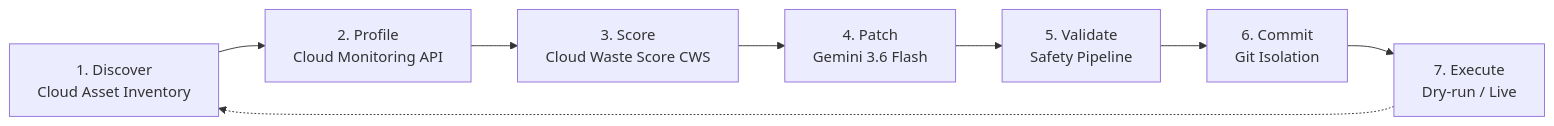
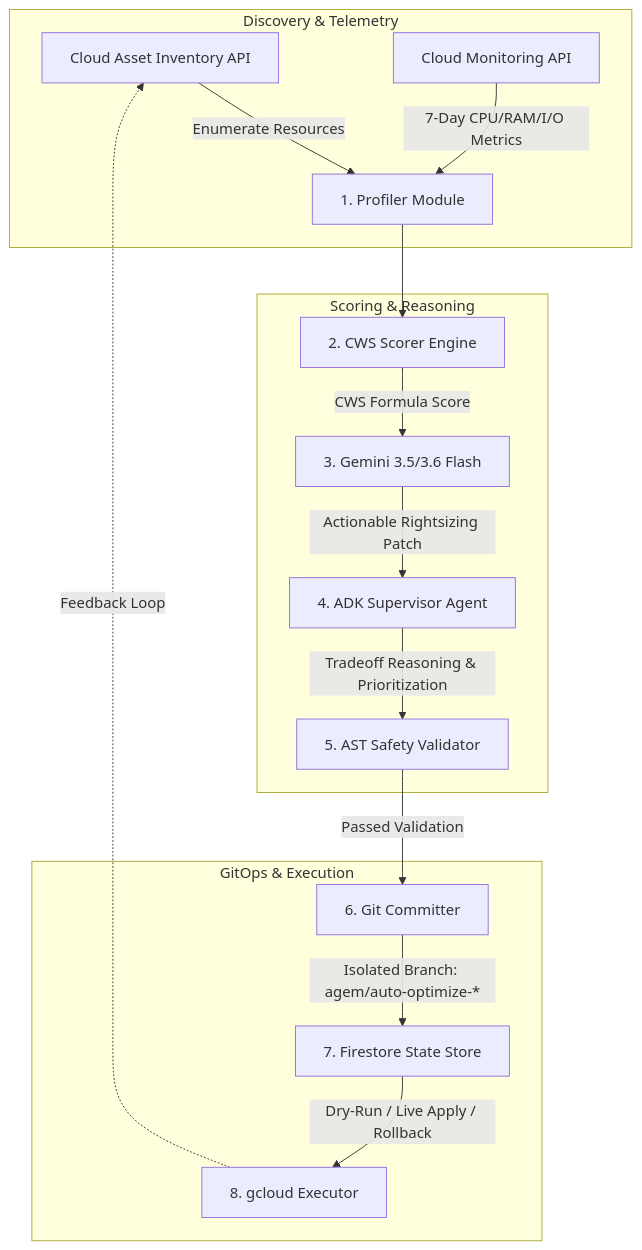
The diagram in README.md (rakeshraks2612-maker/AGEM), drawn with Mermaid before and after one commit. The commit also changed other lines of this file, not shown here.

Commit message:
docs: comprehensive README overhaul with ADK v2.6.3, Gemini 3.5/3.6 Flash, System Health modal, and live endpoints

````diff
--- a/README.md
+++ b/README.md
@@ -122,10 +57,21 @@
 ```mermaid
-flowchart LR
-    A[1. Discover<br/>Cloud Asset Inventory] --> B[2. Profile<br/>Cloud Monitoring API]
-    B --> C[3. Score<br/>Cloud Waste Score CWS]
-    C --> D[4. Patch<br/>Gemini 3.6 Flash]
-    D --> E[5. Validate<br/>Safety Pipeline]
-    E --> F[6. Commit<br/>Git Isolation]
-    F --> G[7. Execute<br/>Dry-run / Live]
-    G -.-> A
+flowchart TD
+    subgraph Discovery & Telemetry
+        A[Cloud Asset Inventory API] -->|Enumerate Resources| P[1. Profiler Module]
+        B[Cloud Monitoring API] -->|7-Day CPU/RAM/I/O Metrics| P
+    end
+
+    subgraph Scoring & Reasoning
+        P --> S[2. CWS Scorer Engine]
+        S -->|CWS Formula Score| G[3. Gemini 3.5/3.6 Flash]
+        G -->|Actionable Rightsizing Patch| ADK[4. ADK Supervisor Agent]
+        ADK -->|Tradeoff Reasoning & Prioritization| V[5. AST Safety Validator]
+    end
+
+    subgraph GitOps & Execution
+        V -->|Passed Validation| GIT[6. Git Committer]
+        GIT -->|Isolated Branch: agem/auto-optimize-*| FS[7. Firestore State Store]
+        FS -->|Dry-Run / Live Apply / Rollback| EXEC[8. gcloud Executor]
+        EXEC -.->|Feedback Loop| A
+    end
 ```
````
